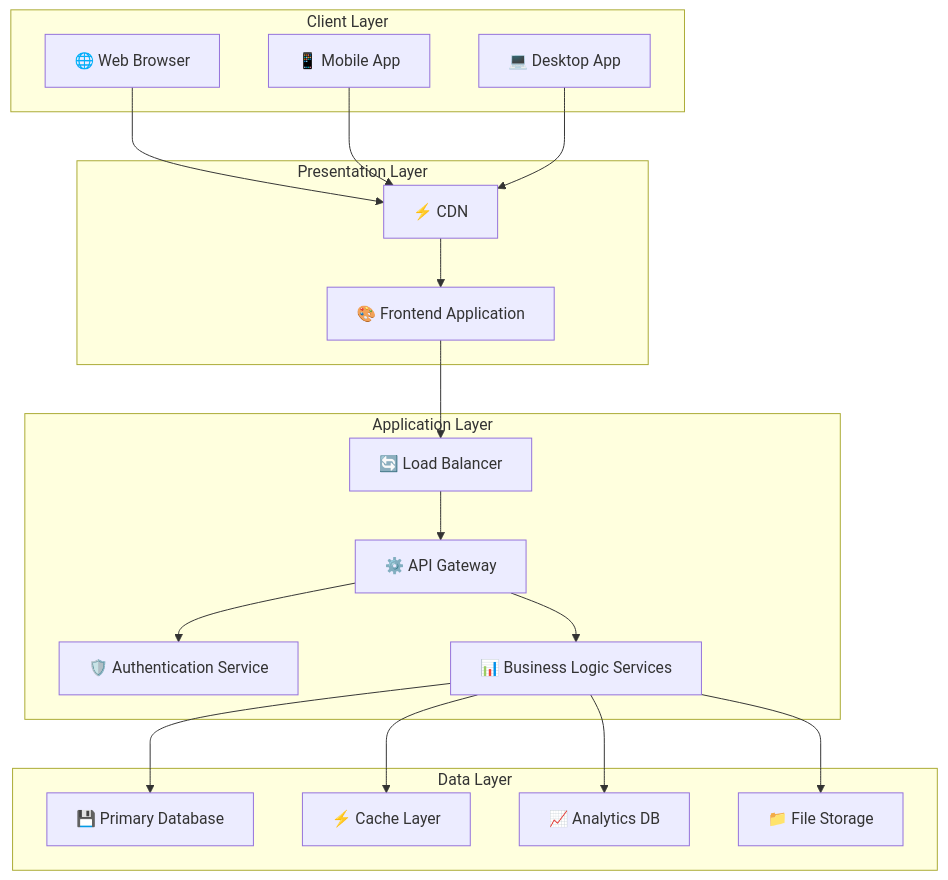
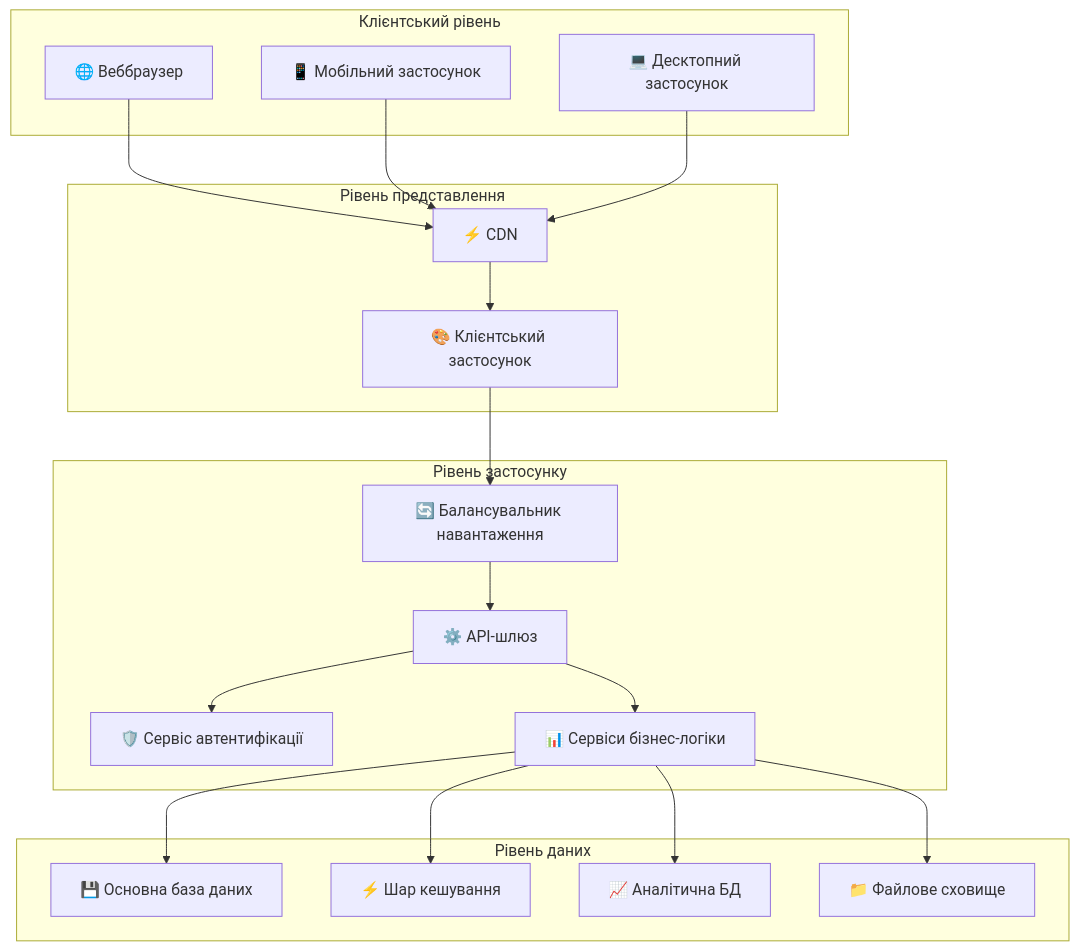
The first of 19 diagrams in lectures/lecture-01.md (olroi421/course-web), drawn with Mermaid before and after one commit. The commit also changed other lines of this file and 4 other files, not shown here.

````diff
--- a/lectures/lecture-01.md
+++ b/lectures/lecture-01.md
@@ -59,40 +85,40 @@
 ```mermaid
 graph TB
-    subgraph "Client Layer"
-        A[🌐 Web Browser]
-        B[📱 Mobile App]
-        C[💻 Desktop App]
+    subgraph "Клієнтський рівень"
+        A[🌐 Веббраузер]
+        B[📱 Мобільний застосунок]
+        C[💻 Десктопний застосунок]
     end
 
-    subgraph "Presentation Layer"
+    subgraph "Рівень представлення"
         D[⚡ CDN]
-        E[🎨 Frontend Application]
+        E[🎨 Клієнтський застосунок]
     end
 
-    subgraph "Application Layer"
-        F[🔄 Load Balancer]
-        G[⚙️ API Gateway]
-        H[🛡️ Authentication Service]
-        I[📊 Business Logic Services]
+    subgraph "Рівень застосунку"
+        F[🔄 Балансувальник навантаження]
+        G[⚙️ API-шлюз]
+        H[🛡️ Сервіс автентифікації]
+        I[📊 Сервіси бізнес-логіки]
     end
 
-    subgraph "Data Layer"
-        J[💾 Primary Database]
-        K[⚡ Cache Layer]
-        L[📈 Analytics DB]
-        M[📁 File Storage]
+    subgraph "Рівень даних"
+        J[💾 Основна база даних]
+        K[⚡ Шар кешування]
+        L[📈 Аналітична БД]
+        M[📁 Файлове сховище]
     end
 
     A --> D
     B --> D
     C --> D
     D --> E
     E --> F
     F --> G
     G --> H
     G --> I
     I --> J
     I --> K
     I --> L
     I --> M
 ```
````
